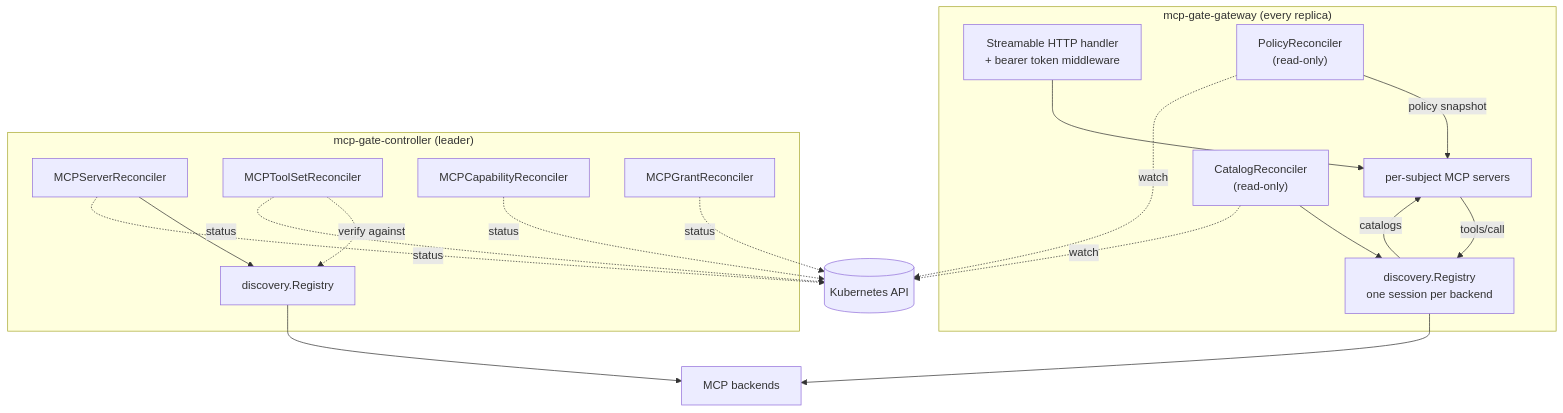
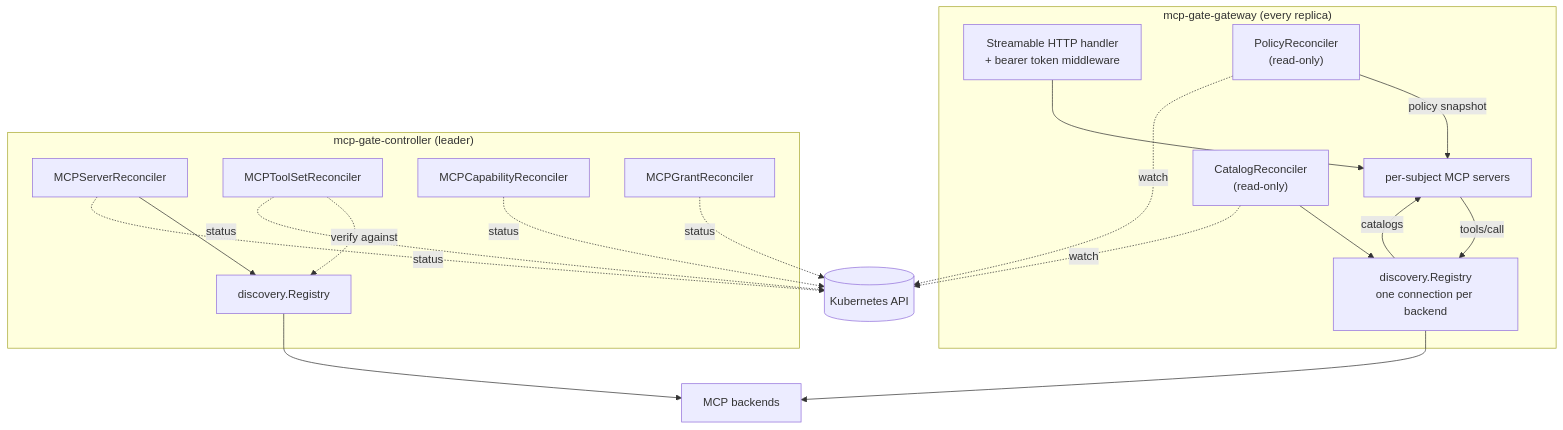
Before and after one commit to metapatrol/mcp-gateway: the first of 4 diagrams in docs/architecture.md, drawn with Mermaid. The commit also changed other lines of this file and 16 other files, not shown here.

````diff
--- a/docs/architecture.md
+++ b/docs/architecture.md
@@ -11,35 +11,35 @@
 ```mermaid
 graph TB
     subgraph "mcp-gate-gateway (every replica)"
         H["Streamable HTTP handler<br/>+ bearer token middleware"]
         S["per-subject MCP servers"]
         PR["PolicyReconciler<br/>(read-only)"]
         CR["CatalogReconciler<br/>(read-only)"]
-        REG1["discovery.Registry<br/>one session per backend"]
+        REG1["discovery.Registry<br/>one connection per backend"]
     end
 
     subgraph "mcp-gate-controller (leader)"
         R1["MCPServerReconciler"]
         R2["MCPToolSetReconciler"]
         R3["MCPCapabilityReconciler"]
         R4["MCPGrantReconciler"]
         REG2["discovery.Registry"]
     end
 
     API[("Kubernetes API")]
     B["MCP backends"]
 
     H --> S
     PR -->|"policy snapshot"| S
     CR --> REG1
     REG1 -->|"catalogs"| S
     S -->|"tools/call"| REG1
     REG1 --> B
     PR -.->|watch| API
     CR -.->|watch| API
 
     R1 --> REG2
     REG2 --> B
     R2 -.->|"verify against"| REG2
     R1 & R2 & R3 & R4 -.->|"status"| API
 ```
````
